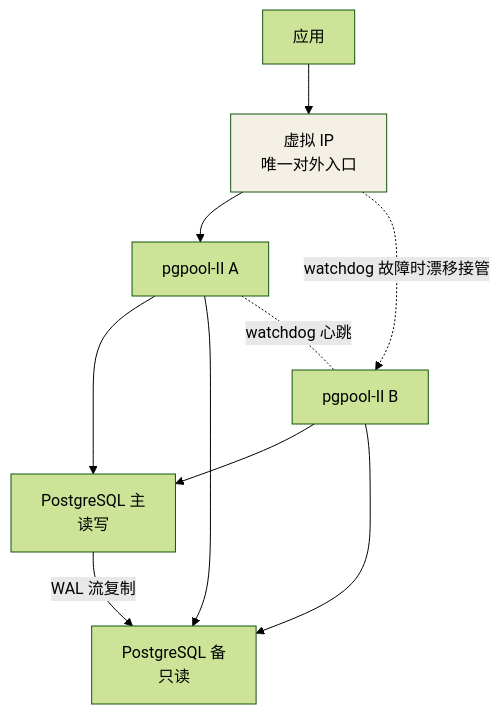
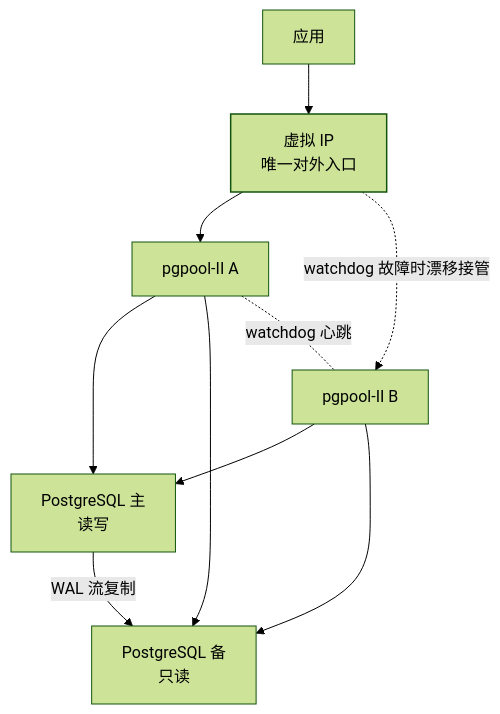
One commit to Loadhao/ascension changed the diagram in src/content/docs/postgresql/intermediate/ha/02-pgpool-dr.md. Above: the diagram before and after it, drawn with Mermaid (forest theme). The commit also changed 87 other files, not shown here.

First line of the commit message:
fix: 全站图表配色改由主题接管，修复暗色主题下浅底浅字看不清

````diff
--- a/src/content/docs/postgresql/intermediate/ha/02-pgpool-dr.md
+++ b/src/content/docs/postgresql/intermediate/ha/02-pgpool-dr.md
@@ -81,14 +81,15 @@
 ```mermaid
 flowchart TB
     APP["应用"] --> VIP["虚拟 IP<br/>唯一对外入口"]
     VIP --> PA["pgpool-II A"]
     VIP -. "watchdog 故障时漂移接管" .-> PB["pgpool-II B"]
     PA --> PDB["PostgreSQL 主<br/>读写"]
     PA --> SDB["PostgreSQL 备<br/>只读"]
     PB --> PDB
     PB --> SDB
     PDB -- "WAL 流复制" --> SDB
     PA -. "watchdog 心跳" .- PB
 
-    style VIP fill:#f5f0e6
+    class VIP hl
+    classDef hl stroke-width:1.5px
 ```
````
